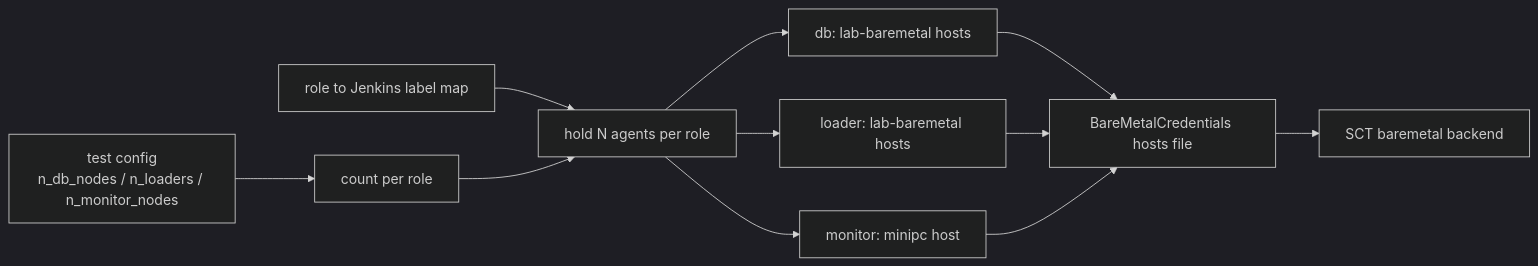
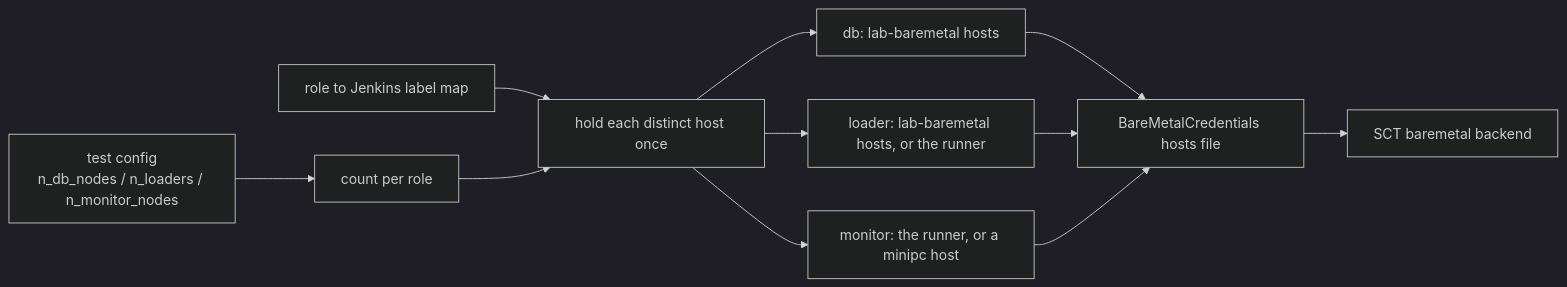
The second of 2 diagrams in docs/plans/jenkins/lab-builders-baremetal/spec.md (scylladb/scylla-cluster-tests), drawn with Mermaid (dark theme) before and after one commit. The commit also changed other lines of this file, not shown here.

First line of the commit message:
docs(plans): lab-builders-baremetal hosts with several roles, holder-reported addresses

````diff
--- a/docs/plans/jenkins/lab-builders-baremetal/spec.md
+++ b/docs/plans/jenkins/lab-builders-baremetal/spec.md
@@ -49,11 +52,11 @@
 ```mermaid
 flowchart LR
     cfg["test config<br/>n_db_nodes / n_loaders / n_monitor_nodes"] --> counts["count per role"]
     map["role to Jenkins label map"] --> hold
-    counts --> hold["hold N agents per role"]
+    counts --> hold["hold each distinct host once"]
     hold --> db["db: lab-baremetal hosts"]
-    hold --> ld["loader: lab-baremetal hosts"]
-    hold --> mon["monitor: minipc host"]
+    hold --> ld["loader: lab-baremetal hosts, or the runner"]
+    hold --> mon["monitor: the runner, or a minipc host"]
     db & ld & mon --> json["BareMetalCredentials hosts file"]
     json --> sct["SCT baremetal backend"]
 ```
````
